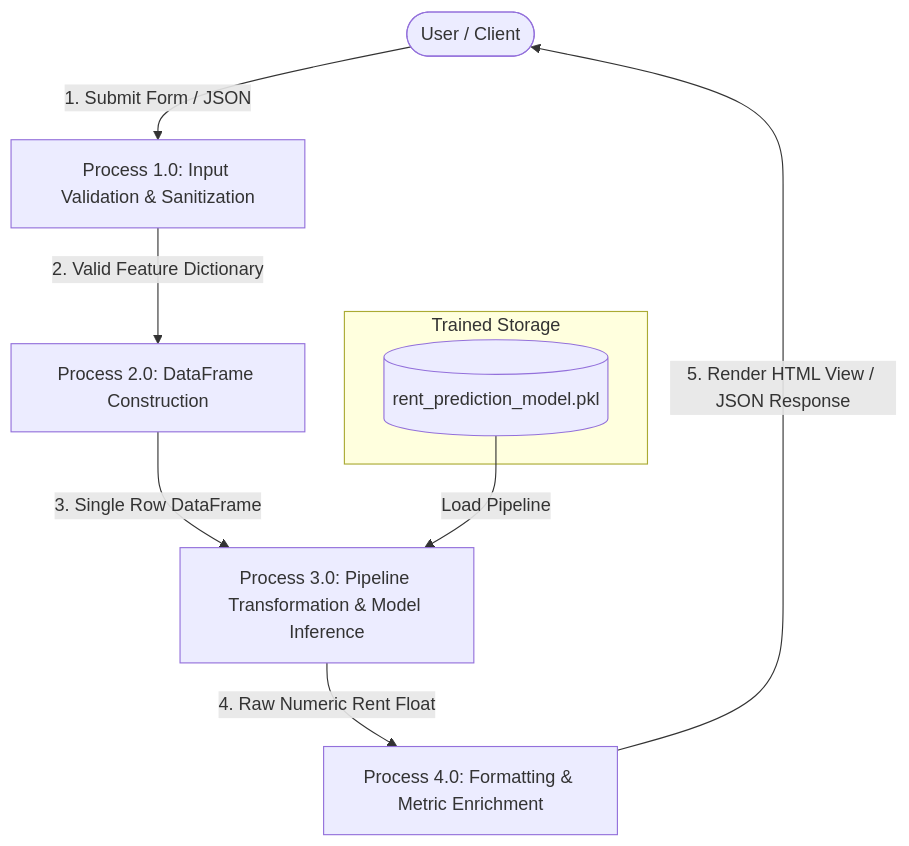
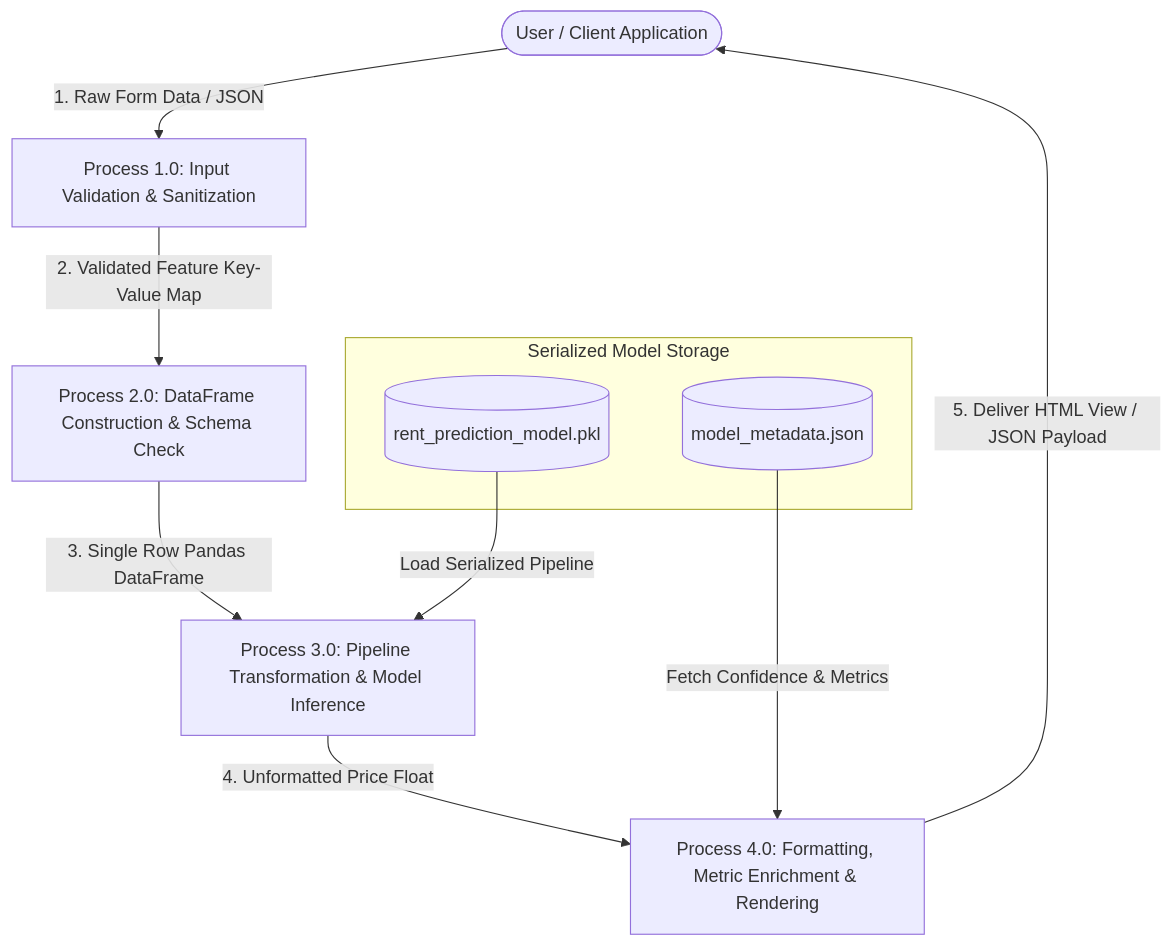
Before and after one commit to SRAKIB17/home-rent-prediction: the fifth of 8 diagrams in PROJECT_REPORT.md, drawn with Mermaid. The commit also changed other lines of this file, not shown here.

````diff
--- a/PROJECT_REPORT.md
+++ b/PROJECT_REPORT.md
@@ -418,14 +688,16 @@
 ```mermaid
 flowchart TD
-    User([User / Client]) -->|1. Submit Form / JSON| P1[Process 1.0: Input Validation & Sanitization]
-    P1 -->|2. Valid Feature Dictionary| P2[Process 2.0: DataFrame Construction]
-    P2 -->|3. Single Row DataFrame| P3[Process 3.0: Pipeline Transformation & Model Inference]
+    User([User / Client Application]) -->|1. Raw Form Data / JSON| P1[Process 1.0: Input Validation & Sanitization]
+    P1 -->|2. Validated Feature Key-Value Map| P2[Process 2.0: DataFrame Construction & Schema Check]
+    P2 -->|3. Single Row Pandas DataFrame| P3[Process 3.0: Pipeline Transformation & Model Inference]
     
-    subgraph ModelStorage [Trained Storage]
+    subgraph Storage [Serialized Model Storage]
         ModelFile[(rent_prediction_model.pkl)]
+        MetaFile[(model_metadata.json)]
     end
     
-    ModelFile -->|Load Pipeline| P3
-    P3 -->|4. Raw Numeric Rent Float| P4[Process 4.0: Formatting & Metric Enrichment]
-    P4 -->|5. Render HTML View / JSON Response| User
+    ModelFile -->|Load Serialized Pipeline| P3
+    P3 -->|4. Unformatted Price Float| P4[Process 4.0: Formatting, Metric Enrichment & Rendering]
+    MetaFile -->|Fetch Confidence & Metrics| P4
+    P4 -->|5. Deliver HTML View / JSON Payload| User
 ```
````
